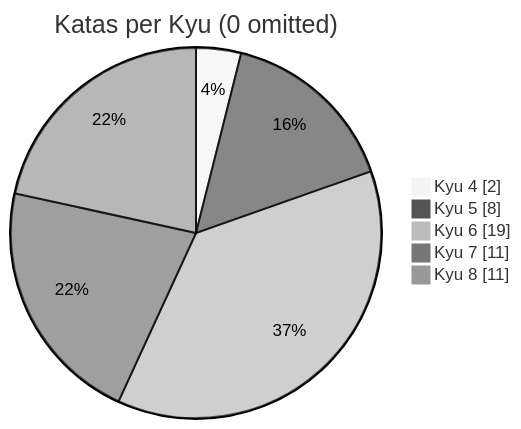
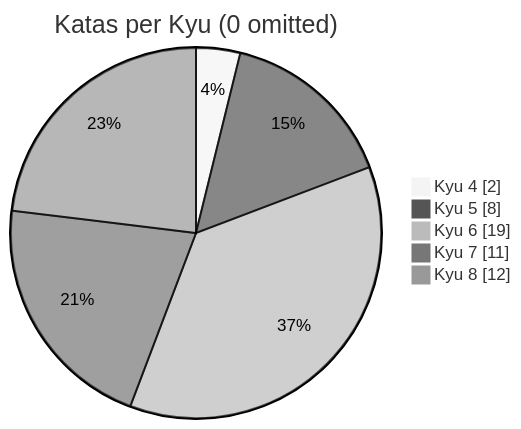
One commit to MauricioLudwig/codewars-typescript changed the diagram in README.md. Above: the diagram before and after it, drawn with Mermaid (neutral theme). The commit also changed other lines of this file, not shown here.

````diff
--- a/README.md
+++ b/README.md
@@ -19,9 +19,9 @@
 ```mermaid
 pie showData
     title Katas per Kyu (0 omitted)
 	"Kyu 4": 2
 	"Kyu 5": 8
 	"Kyu 6": 19
 	"Kyu 7": 11
-	"Kyu 8": 11
+	"Kyu 8": 12
 ```
````
